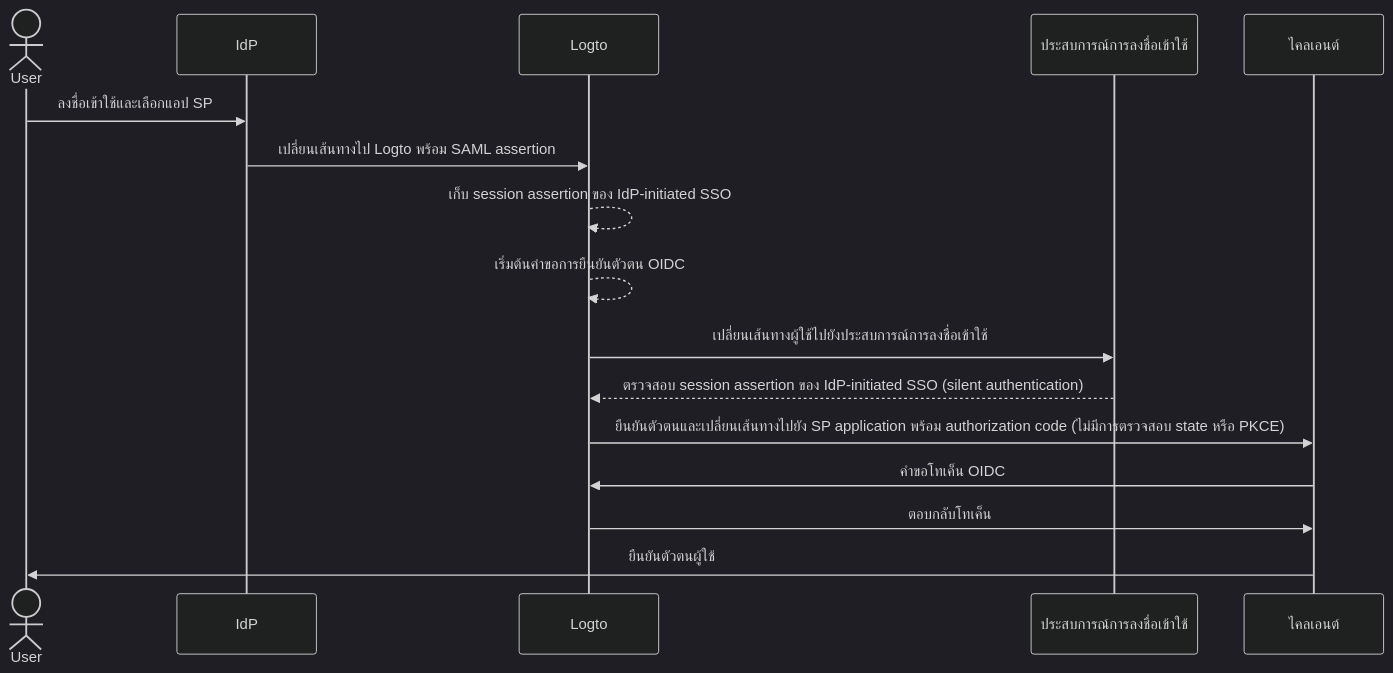
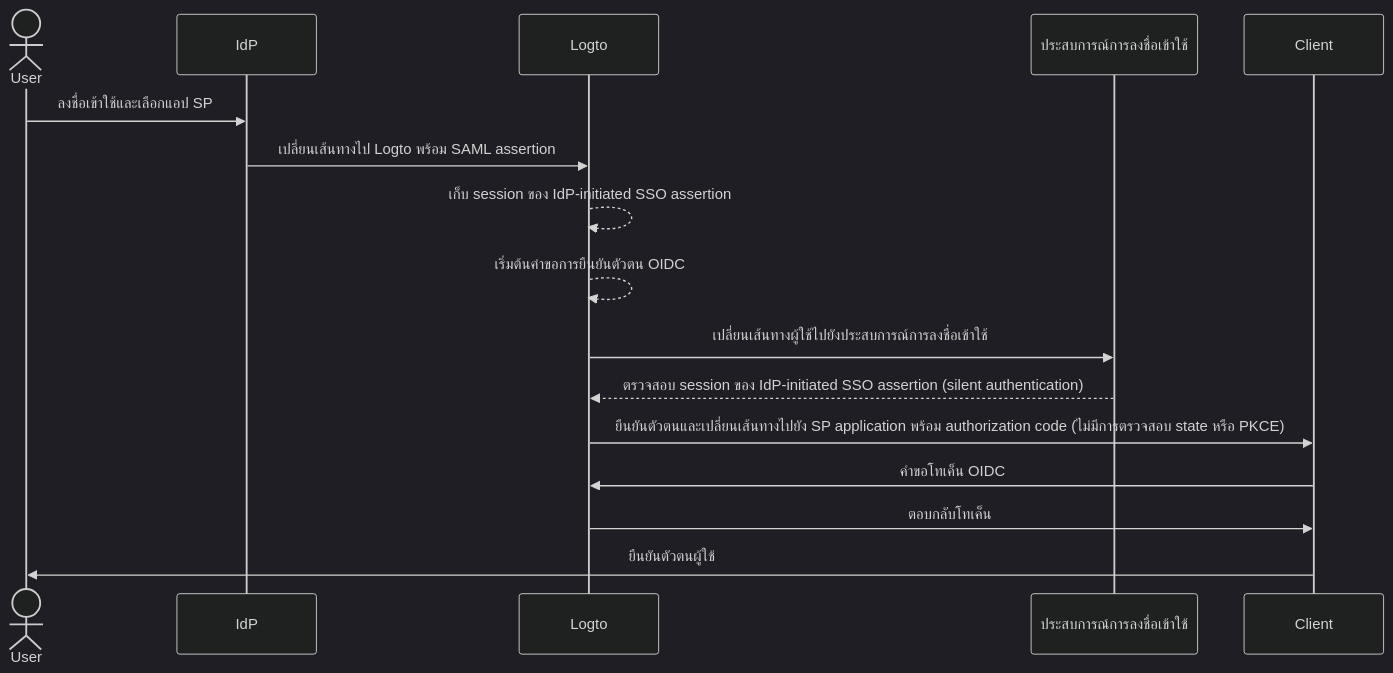
The second of 2 diagrams in i18n/th/docusaurus-plugin-content-docs/current/end-user-flows/enterprise-sso/idp-initiated-sso.mdx (logto-io/docs), drawn with Mermaid (dark theme) before and after one commit. The commit also changed other lines of this file and 666 other files, not shown here.

````diff
--- a/i18n/th/docusaurus-plugin-content-docs/current/end-user-flows/enterprise-sso/idp-initiated-sso.mdx
+++ b/i18n/th/docusaurus-plugin-content-docs/current/end-user-flows/enterprise-sso/idp-initiated-sso.mdx
@@ -138,20 +137,20 @@
 ```mermaid
   sequenceDiagram
 
   actor User
   participant IdP as IdP
   participant Logto as Logto
   participant Experience as ประสบการณ์การลงชื่อเข้าใช้
-  participant SP as ไคลเอนต์
+  participant SP as Client
 
   User->>IdP: ลงชื่อเข้าใช้และเลือกแอป SP
   IdP->>Logto: เปลี่ยนเส้นทางไป Logto พร้อม SAML assertion
-  Logto-->>Logto: เก็บ session assertion ของ IdP-initiated SSO
+  Logto-->>Logto: เก็บ session ของ IdP-initiated SSO assertion
   Logto-->>Logto: เริ่มต้นคำขอการยืนยันตัวตน OIDC
   Logto->>Experience: เปลี่ยนเส้นทางผู้ใช้ไปยังประสบการณ์การลงชื่อเข้าใช้
-  Experience-->>Logto: ตรวจสอบ session assertion ของ IdP-initiated SSO (silent authentication)
+  Experience-->>Logto: ตรวจสอบ session ของ IdP-initiated SSO assertion (silent authentication)
   Logto->>SP: ยืนยันตัวตนและเปลี่ยนเส้นทางไปยัง SP application พร้อม authorization code (ไม่มีการตรวจสอบ state หรือ PKCE)
   SP->>Logto: คำขอโทเค็น OIDC
   Logto->>SP: ตอบกลับโทเค็น
   SP->>User: ยืนยันตัวตนผู้ใช้
 ```
````
